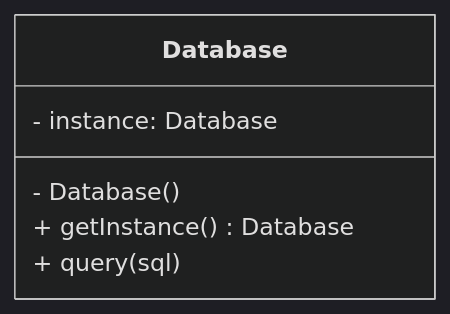
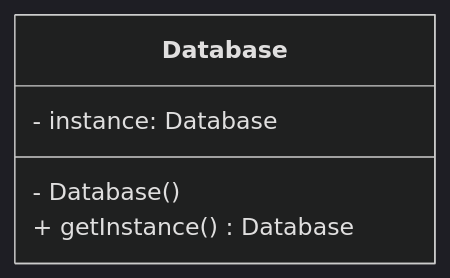
Before and after one commit to swapnilphalke97/Design-Pattern: the first of 22 diagrams in Readme.md, drawn with Mermaid (dark theme). The commit also changed other lines of this file, not shown here.

````diff
--- a/Readme.md
+++ b/Readme.md
@@ -28,9 +28,8 @@
 ```mermaid
 classDiagram
     class Database {
         - instance: Database
         - Database()
         + getInstance() Database
-        + query(sql)
     }
 ```
````
